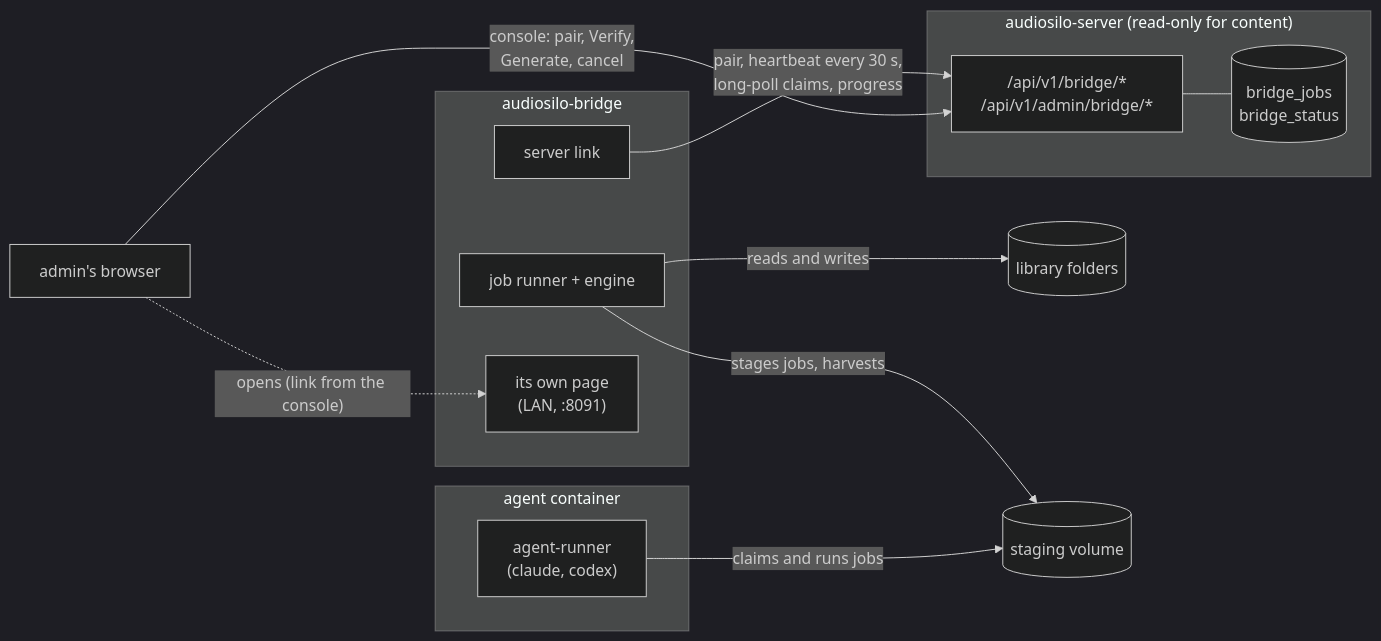
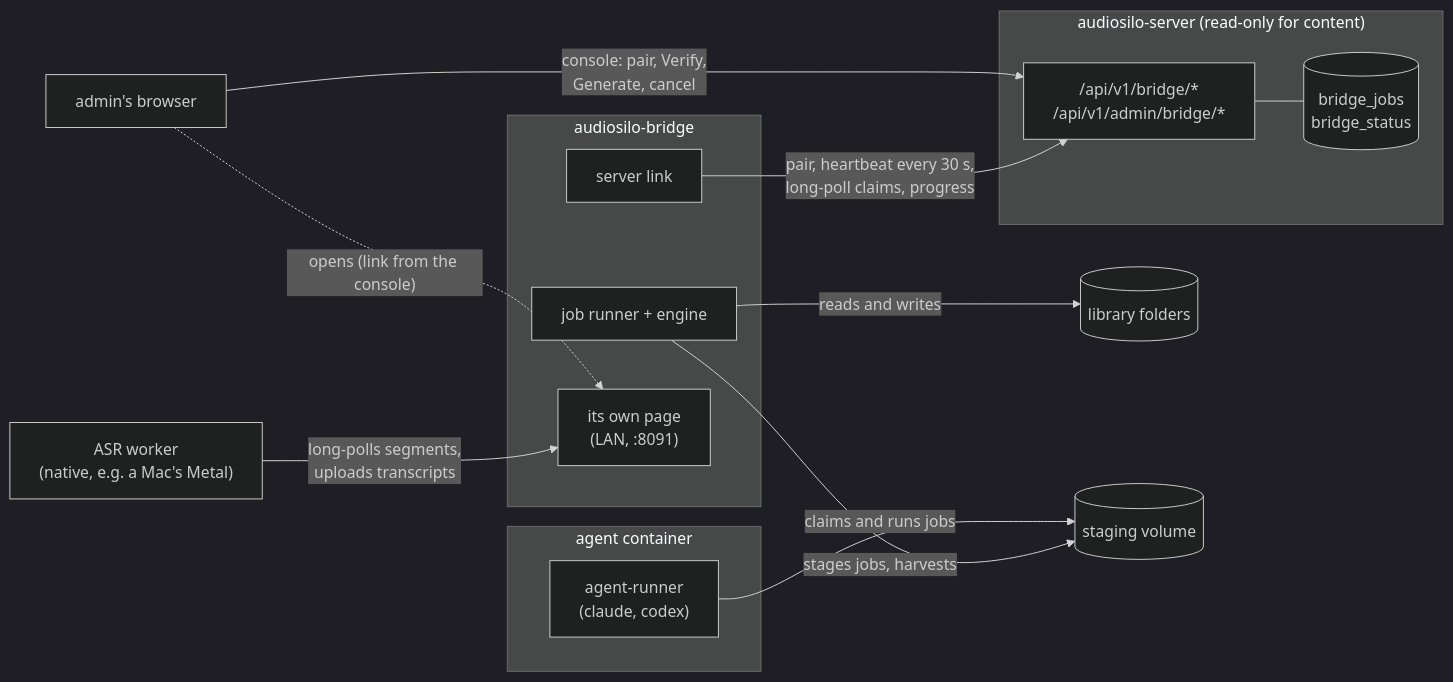
The diagram in docs-developers/bridge/index.md (KodeStar/audiosilo-docs), drawn with Mermaid (dark theme) before and after one commit. The commit also changed other lines of this file and 17 other files, not shown here.

````diff
--- a/docs-developers/bridge/index.md
+++ b/docs-developers/bridge/index.md
@@ -46,26 +48,28 @@
 ```mermaid
 flowchart LR
     subgraph srv["audiosilo-server (read-only for content)"]
         api["/api/v1/bridge/*<br/>/api/v1/admin/bridge/*"]
         jobs[("bridge_jobs<br/>bridge_status")]
         api --- jobs
     end
     subgraph br["audiosilo-bridge"]
         link["server link"]
         runner["job runner + engine"]
         page["its own page<br/>(LAN, :8091)"]
     end
     subgraph ag["agent container"]
         agent["agent-runner<br/>(claude, codex)"]
     end
+    worker["ASR worker<br/>(native, e.g. a Mac's Metal)"]
     files[("library folders")]
     staging[("staging volume")]
     admin["admin's browser"]
 
     link -->|"pair, heartbeat every 30 s,<br/>long-poll claims, progress"| api
     runner -->|"reads and writes"| files
     runner -->|"stages jobs, harvests"| staging
     agent -->|"claims and runs jobs"| staging
+    worker -->|"long-polls segments,<br/>uploads transcripts"| page
     admin -->|"console: pair, Verify,<br/>Generate, cancel"| api
     admin -.->|"opens (link from the console)"| page
 ```
````
